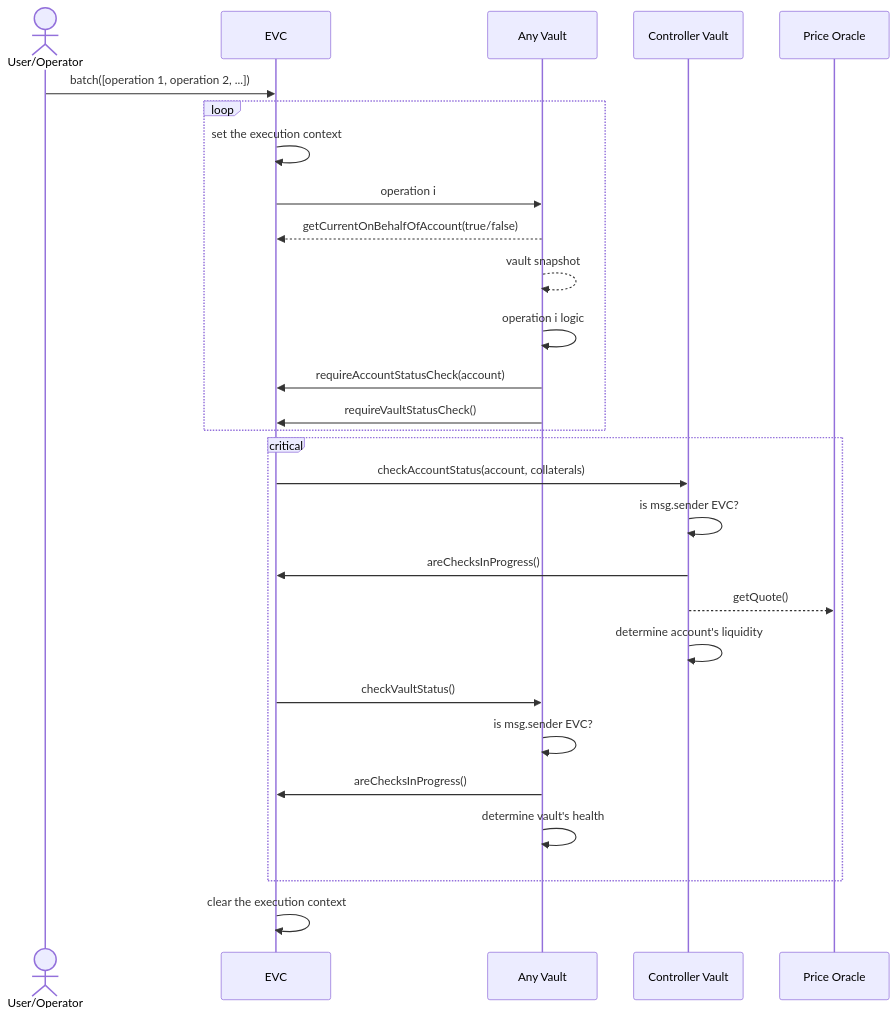
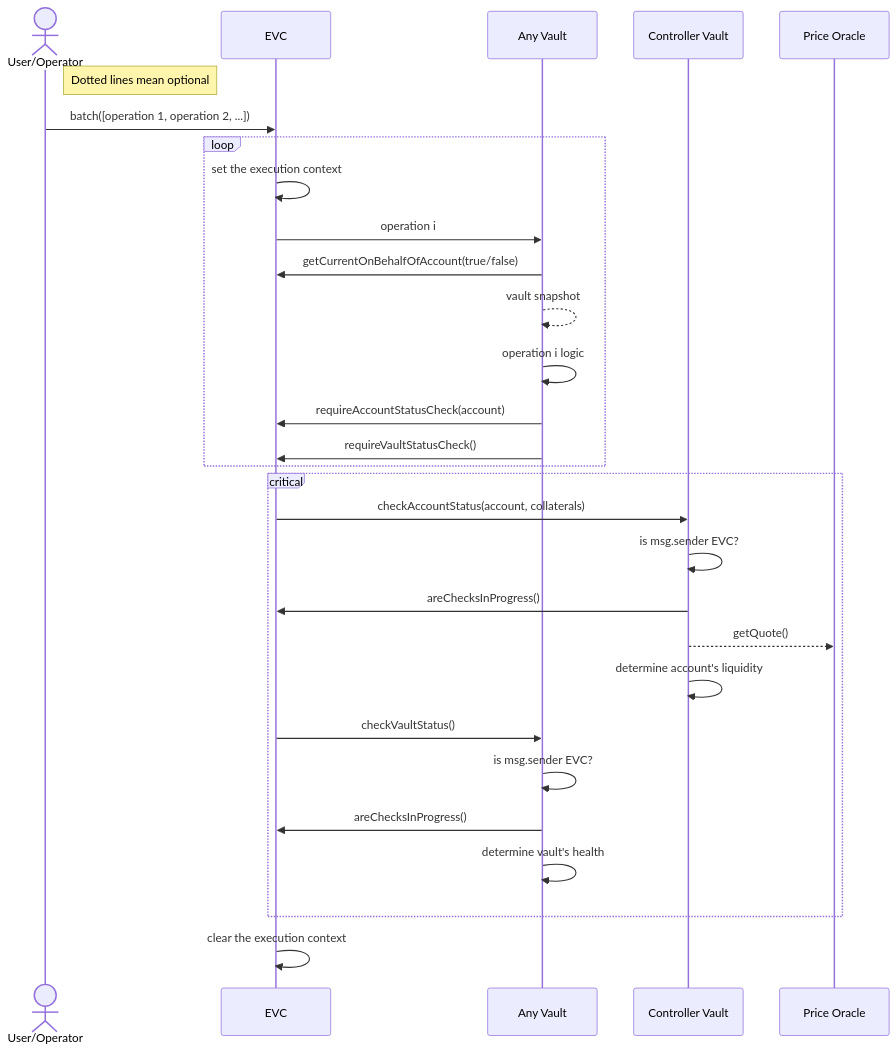
One commit to seinj0312/ethereum-vault-connector changed the diagram in docs/diagrams/EVC Batch Vault Interaction Sequence.md. Above: the diagram before and after it, drawn with Mermaid. The commit also changed 6 other files, not shown here.

````diff
--- a/docs/diagrams/EVC Batch Vault Interaction Sequence.md
+++ b/docs/diagrams/EVC Batch Vault Interaction Sequence.md
@@ -1,35 +1,36 @@
 ```mermaid
 sequenceDiagram
     actor User/Operator
+    Note right of User/Operator: Dotted lines mean optional
     participant EVC
     participant Any Vault
     participant Controller Vault
     participant Price Oracle
 
     User/Operator->>EVC: batch([operation 1, operation 2, ...])
     
     loop
         EVC->>EVC: set the execution context
         EVC->>Any Vault: operation i
-        Any Vault-->>EVC: getCurrentOnBehalfOfAccount(true/false)
+        Any Vault->>EVC: getCurrentOnBehalfOfAccount(true/false)
         Any Vault-->>Any Vault: vault snapshot
         Any Vault->>Any Vault: operation i logic
         Any Vault->>EVC: requireAccountStatusCheck(account)
         Any Vault->>EVC: requireVaultStatusCheck()
     end
 
     critical
         EVC->>Controller Vault: checkAccountStatus(account, collaterals)
         Controller Vault->>Controller Vault: is msg.sender EVC?
         Controller Vault->>EVC: areChecksInProgress()
         Controller Vault-->>Price Oracle: getQuote()
         Controller Vault->>Controller Vault: determine account's liquidity
 
         EVC->>Any Vault: checkVaultStatus()
         Any Vault->>Any Vault: is msg.sender EVC?
         Any Vault->>EVC: areChecksInProgress()
         Any Vault->>Any Vault: determine vault's health
     end
 
     EVC->>EVC: clear the execution context
 ```
````
